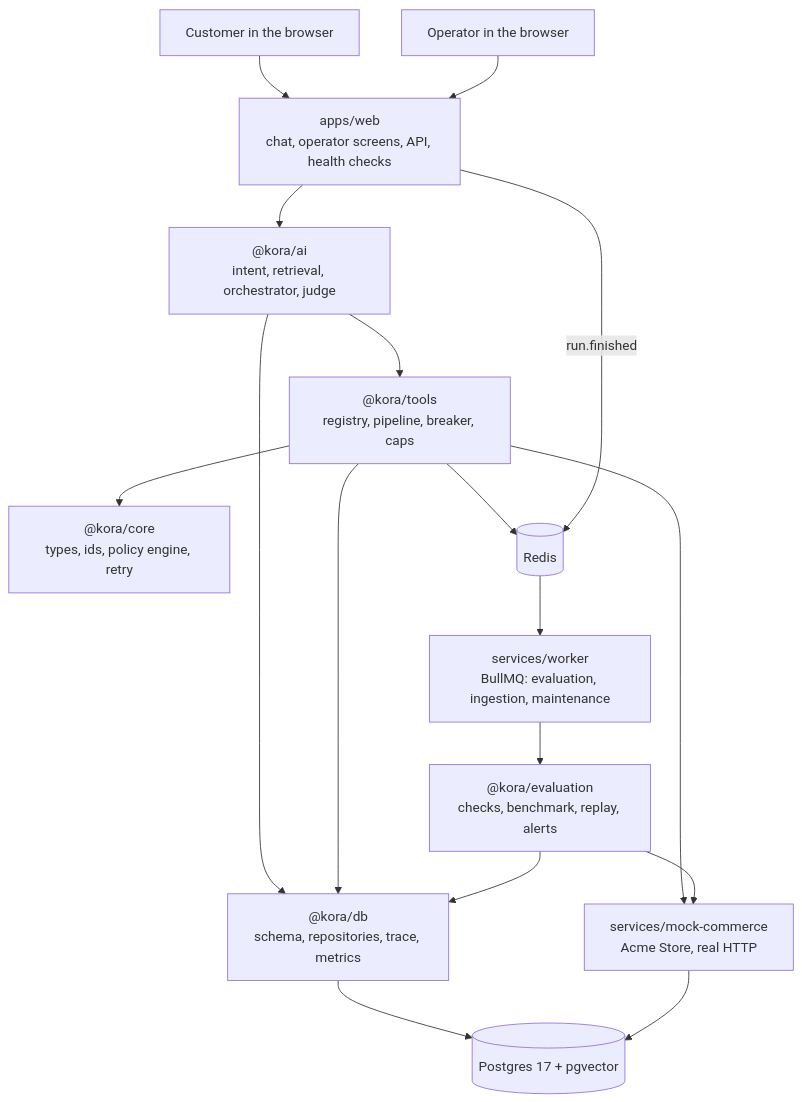
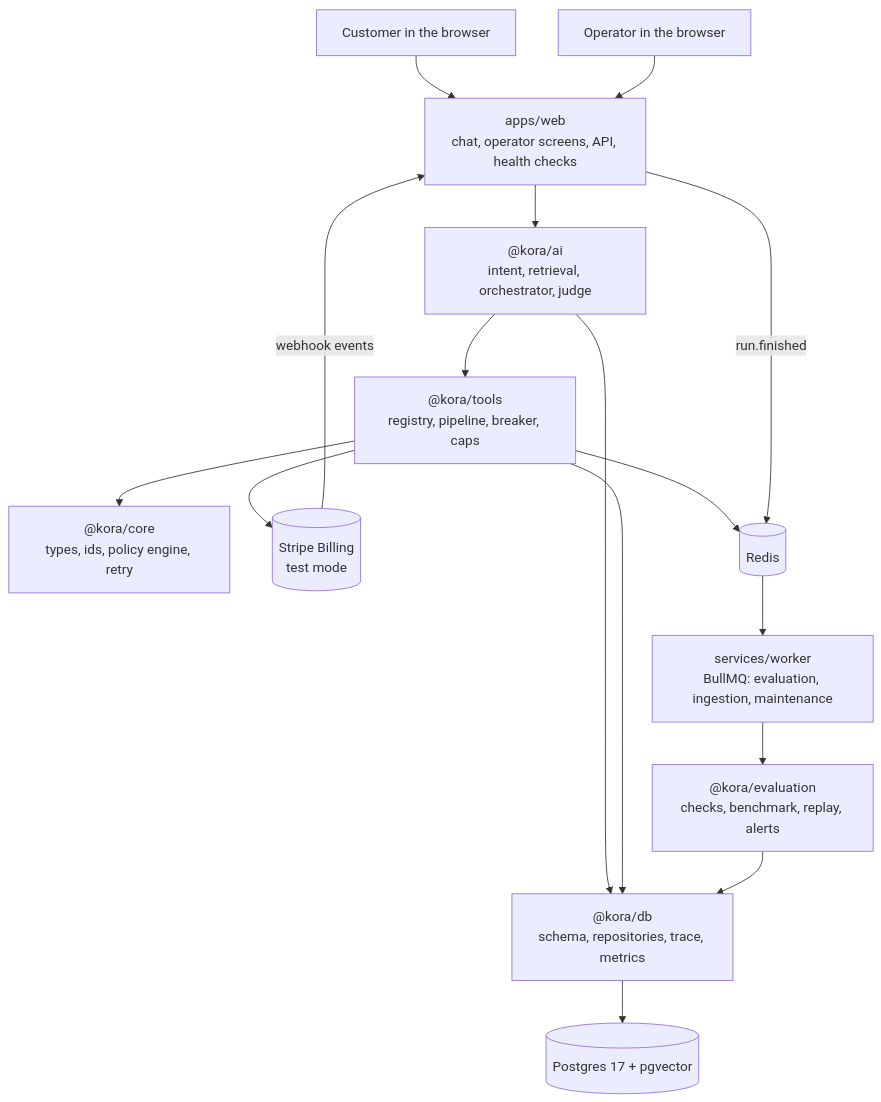
Before and after one commit to prawesh-12/kora: the first of 3 diagrams in docs/01-architecture/README.md, drawn with Mermaid. The commit also changed other lines of this file and 20 other files, not shown here.

````diff
--- a/docs/01-architecture/README.md
+++ b/docs/01-architecture/README.md
@@ -9,32 +9,31 @@
 ```mermaid
 flowchart TB
     Customer[Customer in the browser]
     Operator[Operator in the browser]
     Web["apps/web<br/>chat, operator screens, API, health checks"]
     AI["@kora/ai<br/>intent, retrieval, orchestrator, judge"]
     Tools["@kora/tools<br/>registry, pipeline, breaker, caps"]
     Core["@kora/core<br/>types, ids, policy engine, retry"]
     DB["@kora/db<br/>schema, repositories, trace, metrics"]
     Eval["@kora/evaluation<br/>checks, benchmark, replay, alerts"]
     Worker["services/worker<br/>BullMQ: evaluation, ingestion, maintenance"]
-    Acme["services/mock-commerce<br/>Acme Store, real HTTP"]
+    Stripe[("Stripe Billing<br/>test mode")]
     PG[(Postgres 17 + pgvector)]
     Redis[(Redis)]
 
     Customer --> Web
     Operator --> Web
+    Stripe -- "webhook events" --> Web
     Web --> AI
     AI --> Tools
-    Tools --> Acme
+    Tools --> Stripe
     Tools --> Core
     Tools --> Redis
     AI --> DB
     Tools --> DB
     Web -- "run.finished" --> Redis
     Redis --> Worker
     Worker --> Eval
     Eval --> DB
-    Eval --> Acme
     DB --> PG
-    Acme --> PG
 ```
````
